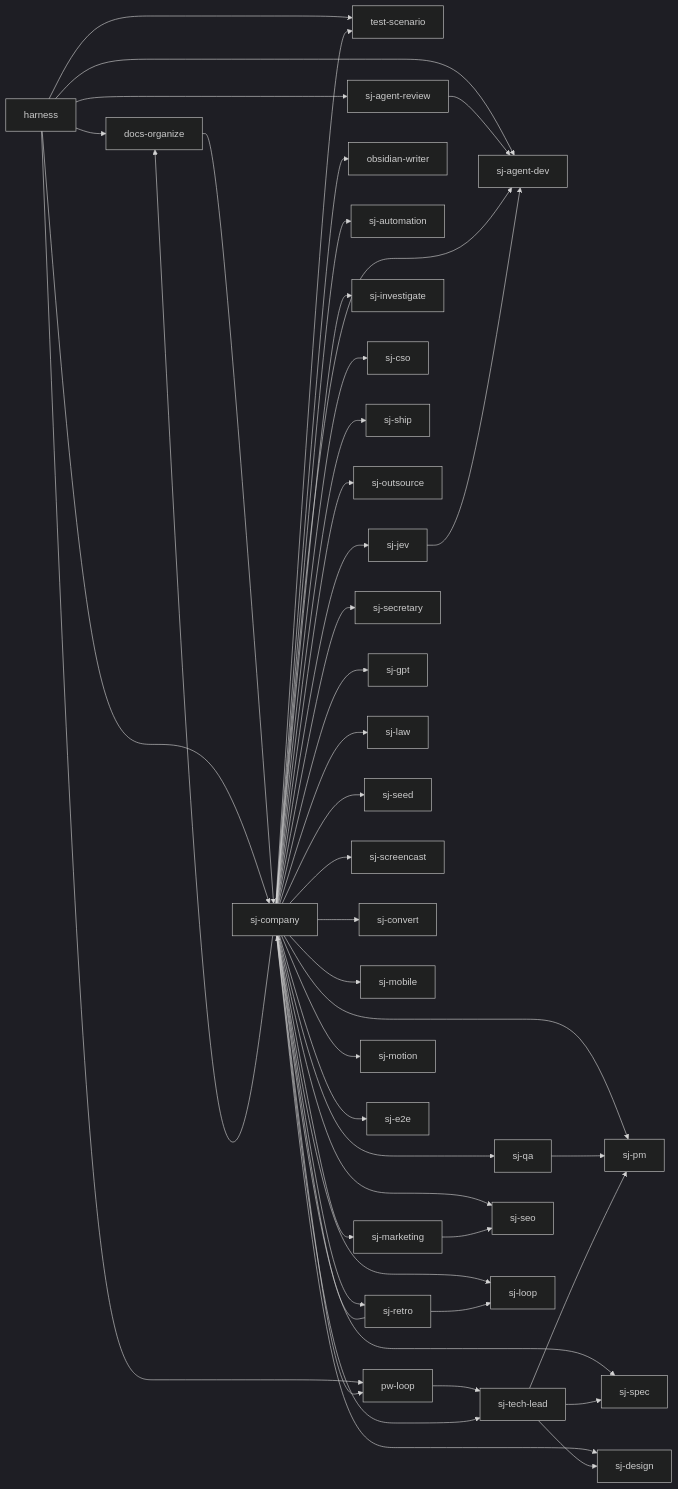
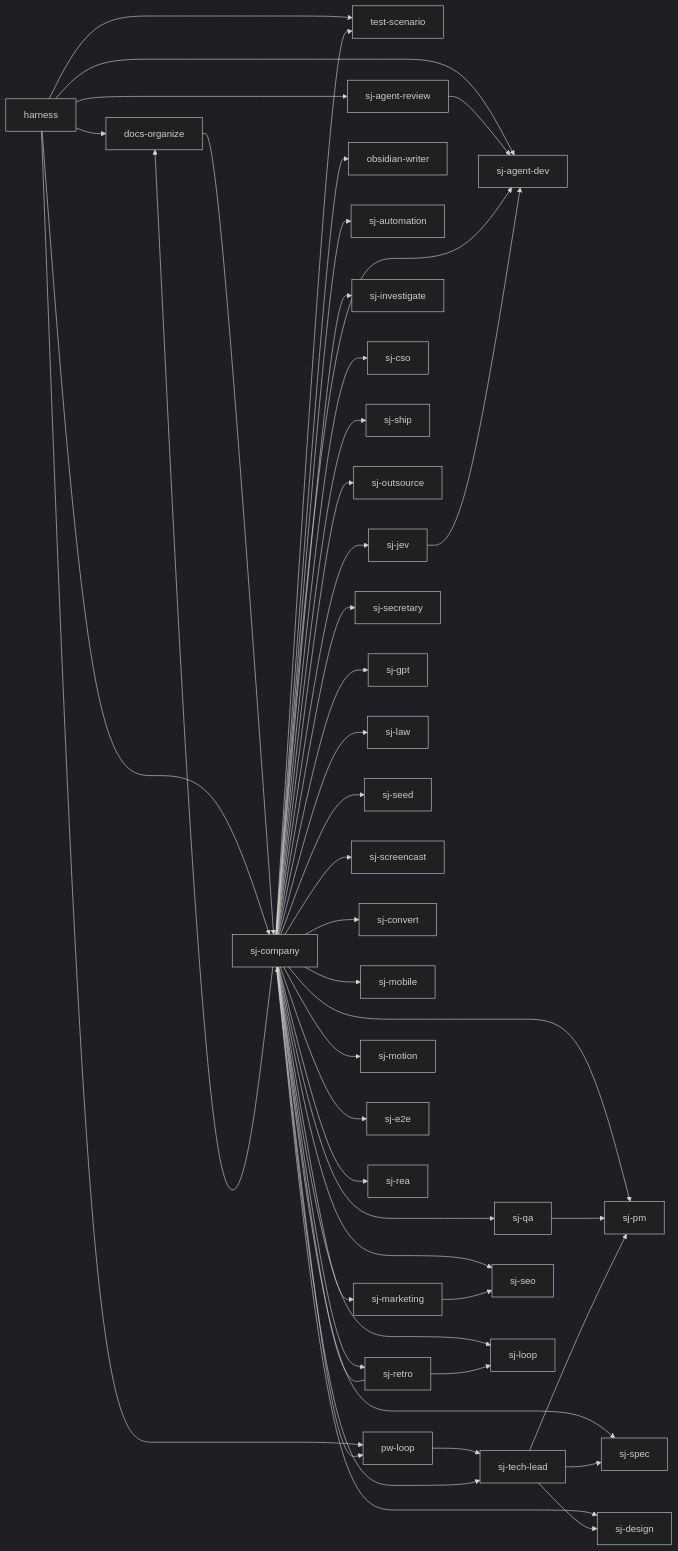
Before and after one commit to s0613/S-skills: the diagram in docs/FEATURE-MAP.md, drawn with Mermaid (dark theme). The commit also changed other lines of this file and 15 other files, not shown here.

````diff
--- a/docs/FEATURE-MAP.md
+++ b/docs/FEATURE-MAP.md
@@ -6,49 +6,50 @@
 ```mermaid
 flowchart LR
   F01[docs-organize] --> F08[sj-company]
   F02[harness] --> F01
   F02 --> F26[test-scenario]
   F02 --> F04[pw-loop]
   F02 --> F08
   F02 --> F06[sj-agent-review]
   F02 --> F05[sj-agent-dev]
   F04 --> F25[sj-tech-lead]
   F06 --> F05
   F08 --> F18[sj-pm]
   F08 --> F25
   F08 --> F19[sj-qa]
   F08 --> F03[obsidian-writer]
   F08 --> F07[sj-automation]
   F08 --> F22[sj-seo]
   F08 --> F16[sj-marketing]
   F08 --> F24[sj-spec]
   F08 --> F13[sj-investigate]
   F08 --> F05
   F08 --> F09[sj-cso]
   F08 --> F23[sj-ship]
   F08 --> F17[sj-outsource]
   F08 --> F20[sj-retro]
   F08 --> F10[sj-design]
   F08 --> F21[sj-secretary]
   F08 --> F26
   F08 --> F04
   F08 --> F01
   F08 --> F15[sj-loop]
   F08 --> F12[sj-gpt]
   F08 --> F14[sj-law]
   F08 --> F27[sj-seed]
   F08 --> F28[sj-screencast]
   F08 --> F29[sj-convert]
   F08 --> F32[sj-mobile]
   F08 --> F33[sj-jev]
   F33 --> F05
   F08 --> F34[sj-motion]
   F08 --> F35[sj-e2e]
+  F08 --> F36[sj-rea]
   F16 --> F22
   F19 --> F18
   F20 --> F08
   F20 --> F15
   F25 --> F18
   F25 --> F24
   F25 --> F10
 ```
````
